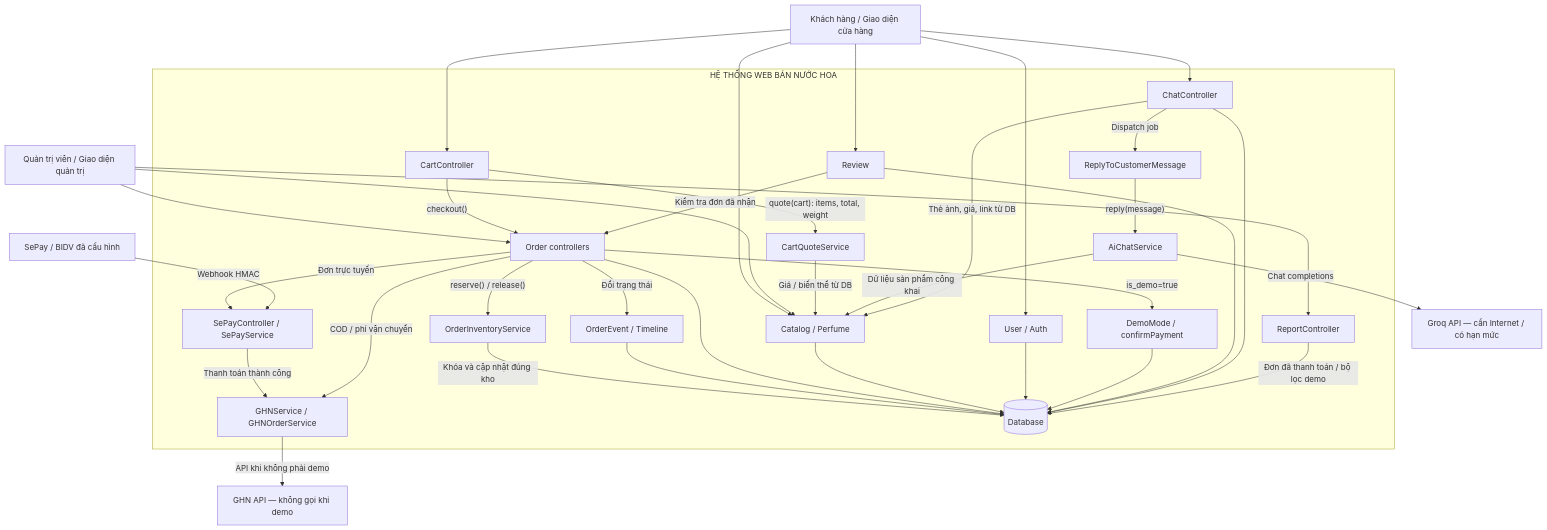
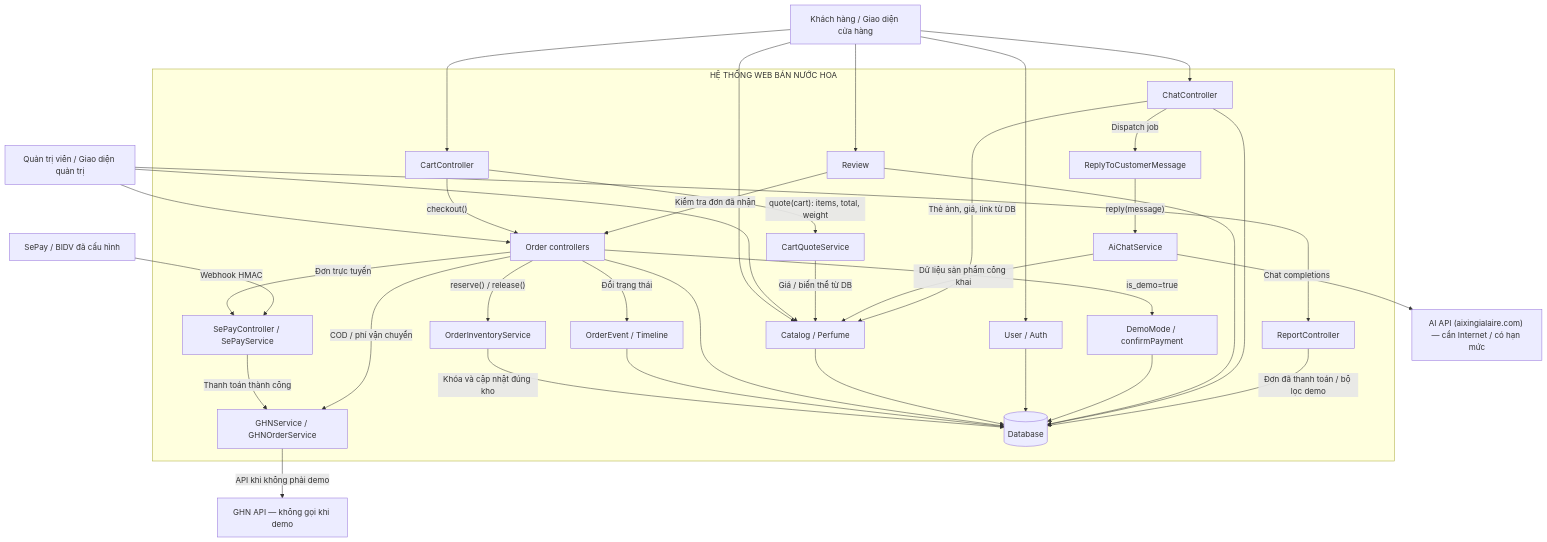
Before and after one commit to DuyJunior/webbannuochoa: the diagram in docs/architecture-and-demo.md, drawn with Mermaid. The commit also changed other lines of this file and 20 other files, not shown here.

First line of the commit message:
Switch customer chat AI from Groq to an OpenAI-compatible provider

````diff
--- a/docs/architecture-and-demo.md
+++ b/docs/architecture-and-demo.md
@@ -70,61 +70,61 @@
 ```mermaid
 flowchart TB
     Customer["Khách hàng / Giao diện cửa hàng"]
     Admin["Quản trị viên / Giao diện quản trị"]
     subgraph Application["HỆ THỐNG WEB BÁN NƯỚC HOA"]
         Auth["User / Auth"]
         Catalog["Catalog / Perfume"]
         Cart["CartController"]
         Quote["CartQuoteService"]
         Order["Order controllers"]
         Stock["OrderInventoryService"]
         Pay["SePayController / SePayService"]
         Demo["DemoMode / confirmPayment"]
         Ship["GHNService / GHNOrderService"]
         Review["Review"]
         Chat["ChatController"]
         Queue["ReplyToCustomerMessage"]
         AI["AiChatService"]
         Report["ReportController"]
         Audit["OrderEvent / Timeline"]
         DB[("Database")]
     end
-    Groq["Groq API — cần Internet / có hạn mức"]
+    AIAPI["AI API (aixingialaire.com) — cần Internet / có hạn mức"]
     SePay["SePay / BIDV đã cấu hình"]
     GHN["GHN API — không gọi khi demo"]
 
     Customer --> Auth
     Customer --> Catalog
     Customer --> Cart
     Customer --> Chat
     Customer --> Review
     Admin --> Catalog
     Admin --> Order
     Admin --> Report
     Cart -->|"quote(cart): items, total, weight"| Quote
     Quote -->|"Giá / biến thể từ DB"| Catalog
     Cart -->|"checkout()"| Order
     Order -->|"reserve() / release()"| Stock
     Stock -->|"Khóa và cập nhật đúng kho"| DB
     Order -->|"Đơn trực tuyến"| Pay
     Order -->|"is_demo=true"| Demo
     SePay -->|"Webhook HMAC"| Pay
     Pay -->|"Thanh toán thành công"| Ship
     Order -->|"COD / phí vận chuyển"| Ship
     Ship -->|"API khi không phải demo"| GHN
     Order -->|"Đổi trạng thái"| Audit
     Audit --> DB
     Order --> DB
     Catalog --> DB
     Auth --> DB
     Demo --> DB
     Review -->|"Kiểm tra đơn đã nhận"| Order
     Review --> DB
     Chat --> DB
     Chat -->|"Dispatch job"| Queue
     Queue -->|"reply(message)"| AI
     AI -->|"Dữ liệu sản phẩm công khai"| Catalog
-    AI -->|"Chat completions"| Groq
+    AI -->|"Chat completions"| AIAPI
     Chat -->|"Thẻ ảnh, giá, link từ DB"| Catalog
     Report -->|"Đơn đã thanh toán / bộ lọc demo"| DB
 ```
````
